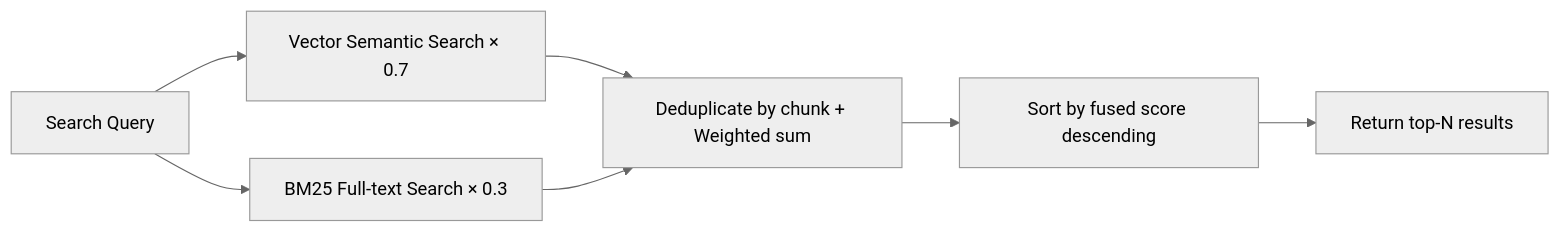
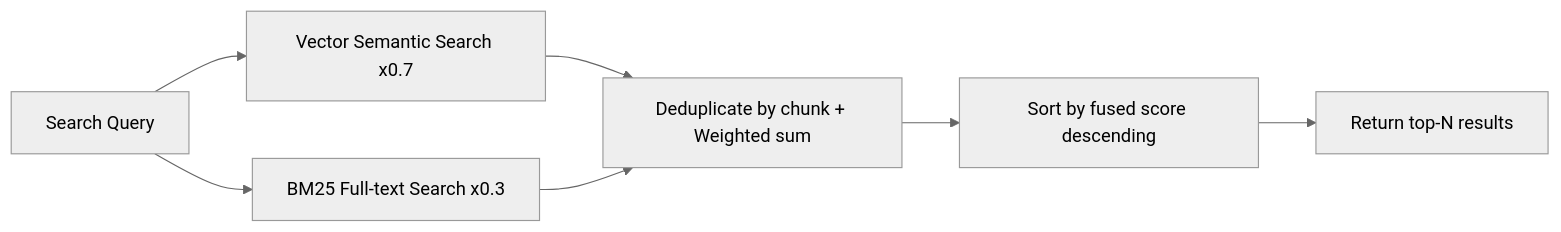
One commit to jinliyl/QwenPaw changed the diagram in website/public/docs/memory.en.md. Above: the diagram before and after it, drawn with Mermaid (neutral theme). The commit also changed other lines of this file and 3 other files, not shown here.

````diff
--- a/website/public/docs/memory.en.md
+++ b/website/public/docs/memory.en.md
@@ -292,9 +205,9 @@
 ```mermaid
 graph LR
-    Query[Search Query] --> Vector[Vector Semantic Search × 0.7]
-Query --> BM25[BM25 Full-text Search × 0.3]
-Vector --> Merge[Deduplicate by chunk + Weighted sum]
-BM25 --> Merge
-Merge --> Sort[Sort by fused score descending]
-Sort --> Results[Return top-N results]
+    Query[Search Query] --> Vector[Vector Semantic Search x0.7]
+    Query --> BM25[BM25 Full-text Search x0.3]
+    Vector --> Merge[Deduplicate by chunk + Weighted sum]
+    BM25 --> Merge
+    Merge --> Sort[Sort by fused score descending]
+    Sort --> Results[Return top-N results]
 ```
````
